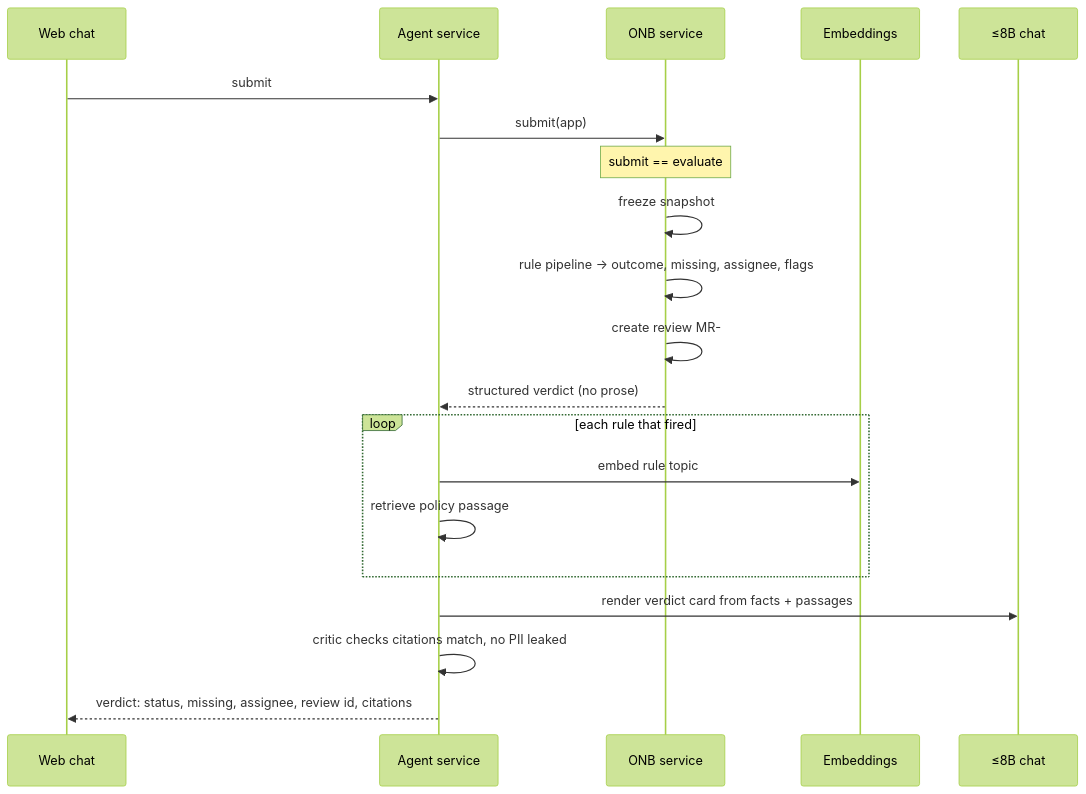
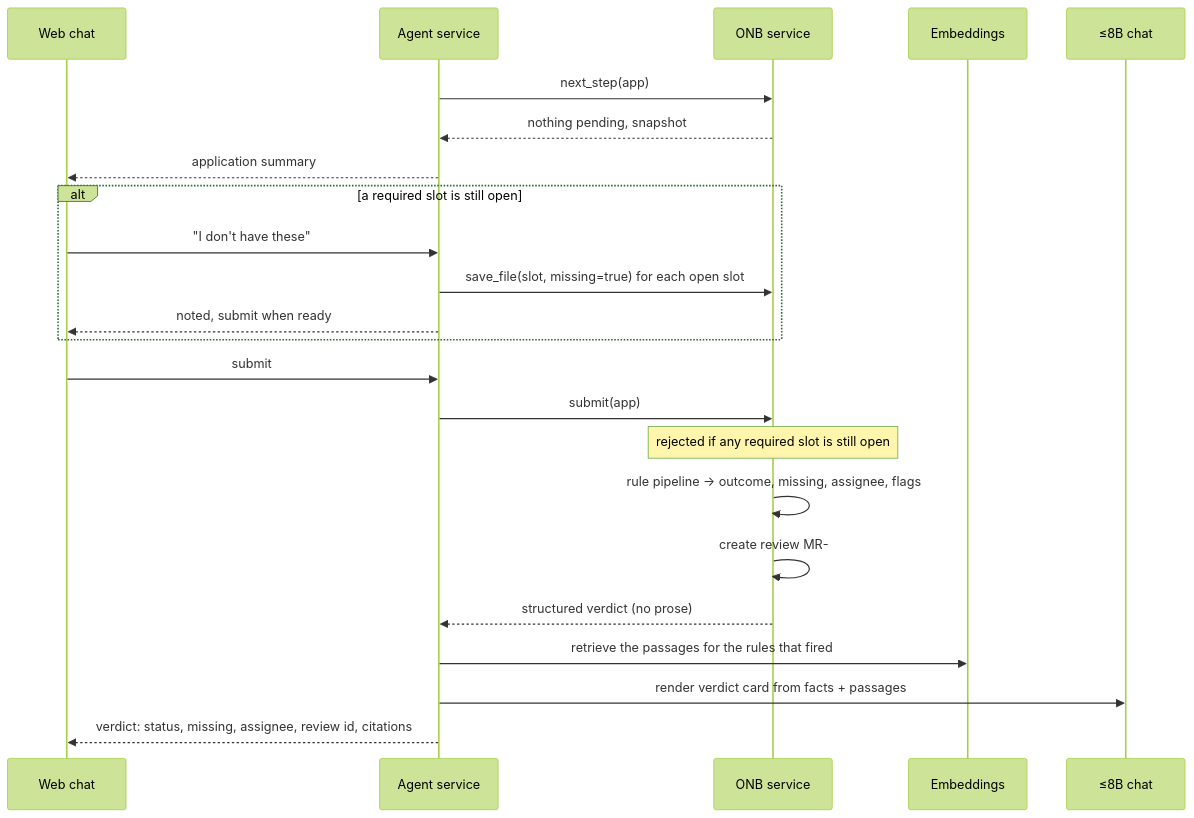
One commit to Capstone-iPe/analysis changed the fourth of 6 diagrams in docs/ADR-0001-architecture.md. Above: the diagram before and after it, drawn with Mermaid (forest theme). The commit also changed other lines of this file and 8 other files, not shown here.

First line of the commit message:
Match the architecture docs to the prototype chat and drop the unused gold policy copies.

````diff
--- a/docs/ADR-0001-architecture.md
+++ b/docs/ADR-0001-architecture.md
@@ -144,24 +150,26 @@
 ```mermaid
 sequenceDiagram
   participant FE as Web chat
   participant A as Agent service
   participant ONB as ONB service
   participant E as Embeddings
   participant M as ≤8B chat
 
+  A->>ONB: next_step(app)
+  ONB-->>A: nothing pending, snapshot
+  A-->>FE: application summary
+  alt a required slot is still open
+    FE->>A: "I don't have these"
+    A->>ONB: save_file(slot, missing=true) for each open slot
+    A-->>FE: noted, submit when ready
+  end
   FE->>A: submit
   A->>ONB: submit(app)
-  Note over ONB: submit == evaluate
-  ONB->>ONB: freeze snapshot
+  Note over ONB: rejected if any required slot is still open
   ONB->>ONB: rule pipeline → outcome, missing, assignee, flags
   ONB->>ONB: create review MR-#### once (unless REFUSED)
   ONB-->>A: structured verdict (no prose)
-
-  loop each rule that fired
-    A->>E: embed rule topic
-    A->>A: retrieve policy passage
-  end
+  A->>E: retrieve the passages for the rules that fired
   A->>M: render verdict card from facts + passages
-  A->>A: critic checks citations match, no PII leaked
   A-->>FE: verdict: status, missing, assignee, review id, citations
 ```
````
